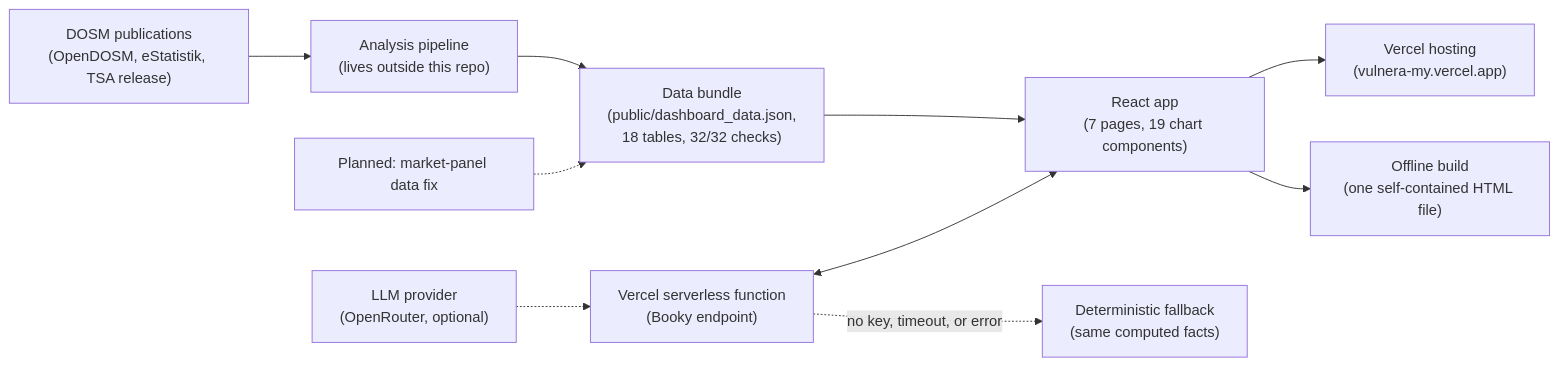
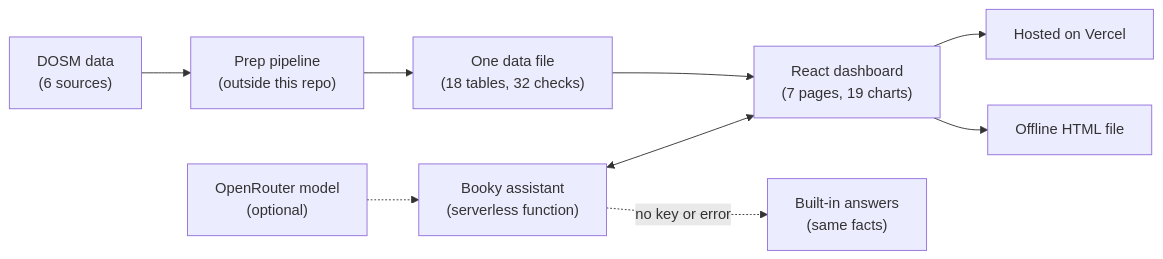
The diagram in README.md (AriefRuer/vulneraMy), drawn with Mermaid before and after one commit. The commit also changed other lines of this file, not shown here.

````diff
--- a/README.md
+++ b/README.md
@@ -81,12 +48,11 @@
 ```mermaid
 flowchart LR
-  A["DOSM publications<br/>(OpenDOSM, eStatistik, TSA release)"] --> B["Analysis pipeline<br/>(lives outside this repo)"]
-  B --> C["Data bundle<br/>(public/dashboard_data.json,<br/>18 tables, 32/32 checks)"]
-  C --> D["React app<br/>(7 pages, 19 chart components)"]
-  D --> E["Vercel hosting<br/>(vulnera-my.vercel.app)"]
-  D --> F["Offline build<br/>(one self-contained HTML file)"]
-  G["Vercel serverless function<br/>(Booky endpoint)"] <--> D
-  H["LLM provider<br/>(OpenRouter, optional)"] -.-> G
-  G -.->|"no key, timeout, or error"| I["Deterministic fallback<br/>(same computed facts)"]
-  J["Planned: market-panel data fix"] -.-> C
+  A["DOSM data<br/>(6 sources)"] --> B["Prep pipeline<br/>(outside this repo)"]
+  B --> C["One data file<br/>(18 tables, 32 checks)"]
+  C --> D["React dashboard<br/>(7 pages, 19 charts)"]
+  D --> E["Hosted on Vercel"]
+  D --> F["Offline HTML file"]
+  G["Booky assistant<br/>(serverless function)"] <--> D
+  H["OpenRouter model<br/>(optional)"] -.-> G
+  G -.->|"no key or error"| I["Built-in answers<br/>(same facts)"]
 ```
````
